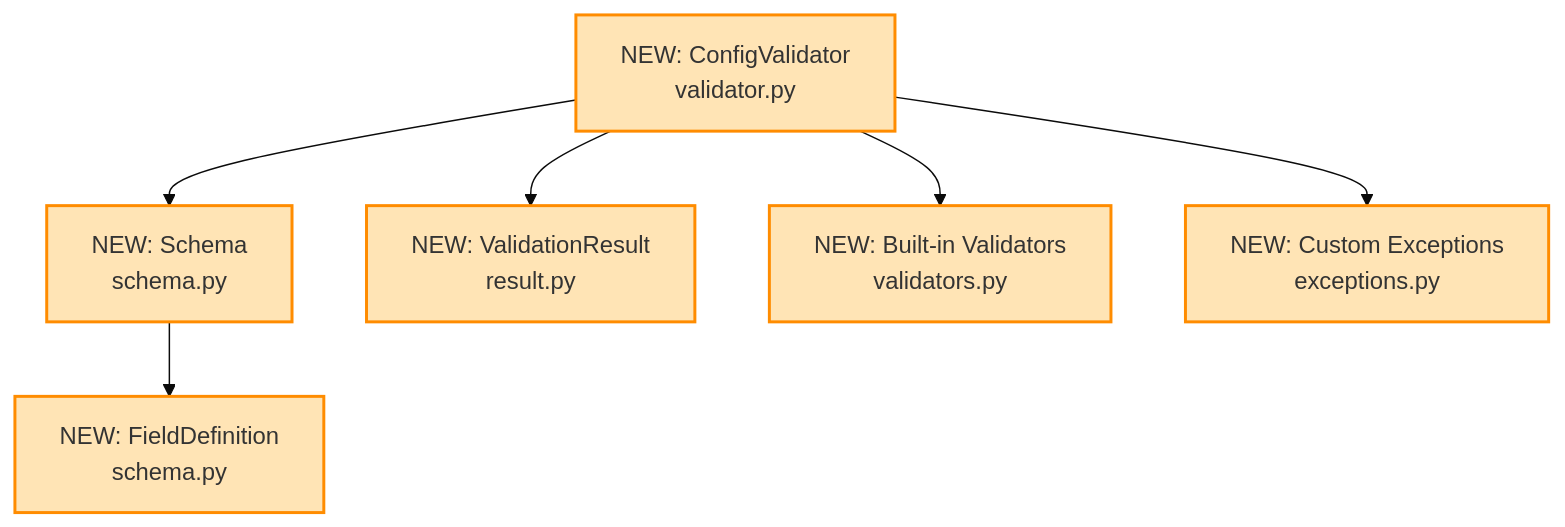
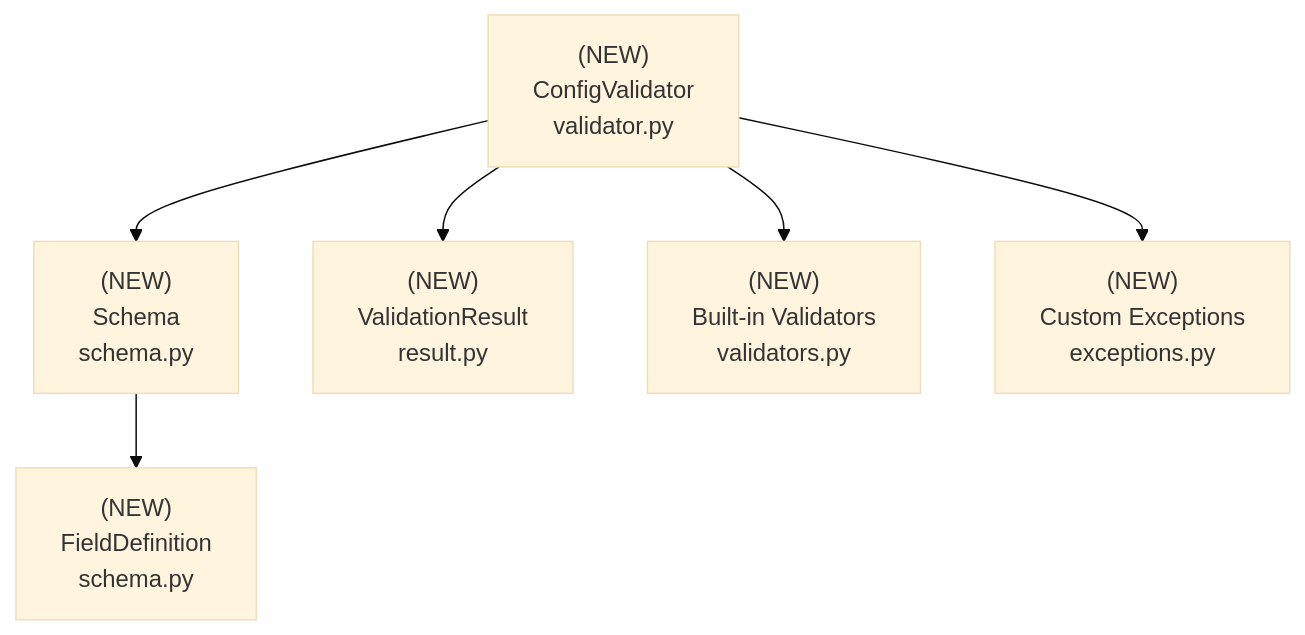
One commit to mplemay/belgie changed the fourth of 4 diagrams in design/000-design-example.md. Above: the diagram before and after it, drawn with Mermaid (base theme). The commit also changed other lines of this file and 1 other file, not shown here.

First line of the commit message:
refactor: simplified dependency graph colors and added cross-document links

````diff
--- a/design/000-design-example.md
+++ b/design/000-design-example.md
@@ -91,22 +91,15 @@
 ```mermaid
 graph TD
-    ConfigValidator[NEW: ConfigValidator<br/>validator.py]
-    Schema[NEW: Schema<br/>schema.py]
-    FieldDef[NEW: FieldDefinition<br/>schema.py]
-    ValidationResult[NEW: ValidationResult<br/>result.py]
-    Validators[NEW: Built-in Validators<br/>validators.py]
-    Exceptions[NEW: Custom Exceptions<br/>exceptions.py]
+    ConfigValidator["(NEW)<br/>ConfigValidator<br/>validator.py"]
+    Schema["(NEW)<br/>Schema<br/>schema.py"]
+    FieldDef["(NEW)<br/>FieldDefinition<br/>schema.py"]
+    ValidationResult["(NEW)<br/>ValidationResult<br/>result.py"]
+    Validators["(NEW)<br/>Built-in Validators<br/>validators.py"]
+    Exceptions["(NEW)<br/>Custom Exceptions<br/>exceptions.py"]
 
     ConfigValidator --> Schema
     ConfigValidator --> ValidationResult
     ConfigValidator --> Validators
     ConfigValidator --> Exceptions
     Schema --> FieldDef
-
-    style ConfigValidator fill:#FFE4B5,stroke:#FF8C00,stroke-width:2px
-    style Schema fill:#FFE4B5,stroke:#FF8C00,stroke-width:2px
-    style FieldDef fill:#FFE4B5,stroke:#FF8C00,stroke-width:2px
-    style ValidationResult fill:#FFE4B5,stroke:#FF8C00,stroke-width:2px
-    style Validators fill:#FFE4B5,stroke:#FF8C00,stroke-width:2px
-    style Exceptions fill:#FFE4B5,stroke:#FF8C00,stroke-width:2px
 ```
````
